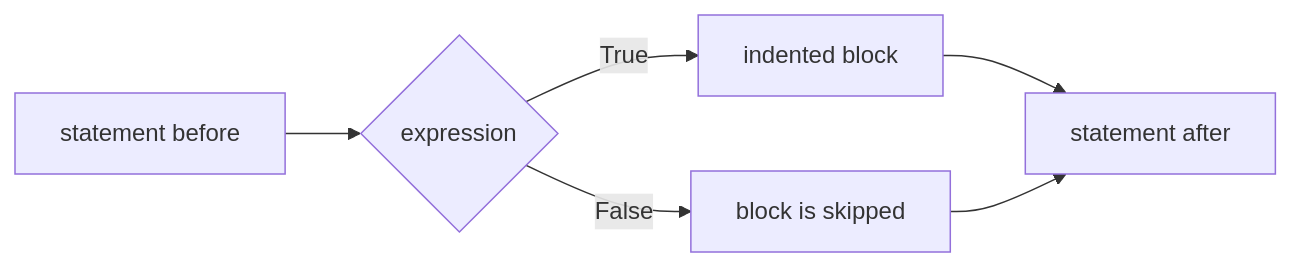
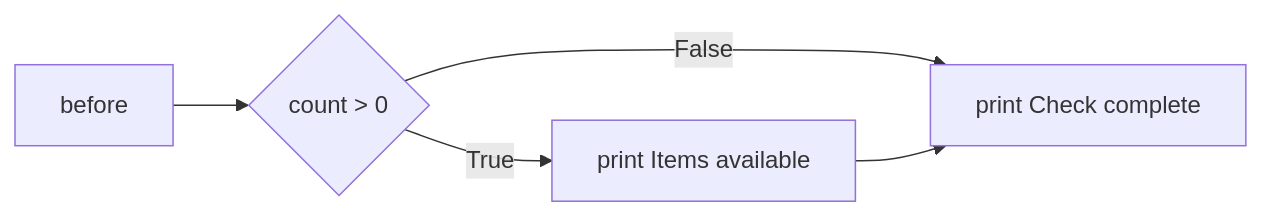
One commit to FeikoWielsma/courseWare-Python-Programming changed the first of 3 diagrams in src/slides/04-control-flow-and-operators/04-control-flow-and-operators.md. Above: the diagram before and after it, drawn with Mermaid. The commit also changed other lines of this file and 225 other files, not shown here.

````diff
--- a/src/slides/04-control-flow-and-operators/04-control-flow-and-operators.md
+++ b/src/slides/04-control-flow-and-operators/04-control-flow-and-operators.md
@@ -41,8 +37,7 @@
 ```mermaid
 flowchart LR
-  A[statement before] --> B{expression}
-  B -- True --> C[indented block]
-  B -- False --> D[block is skipped]
-  C --> E[statement after]
-  D --> E
+  A[before] --> B{count > 0}
+  B -- True --> C[print Items available]
+  B -- False --> D[print Check complete]
+  C --> D
 ```
````
